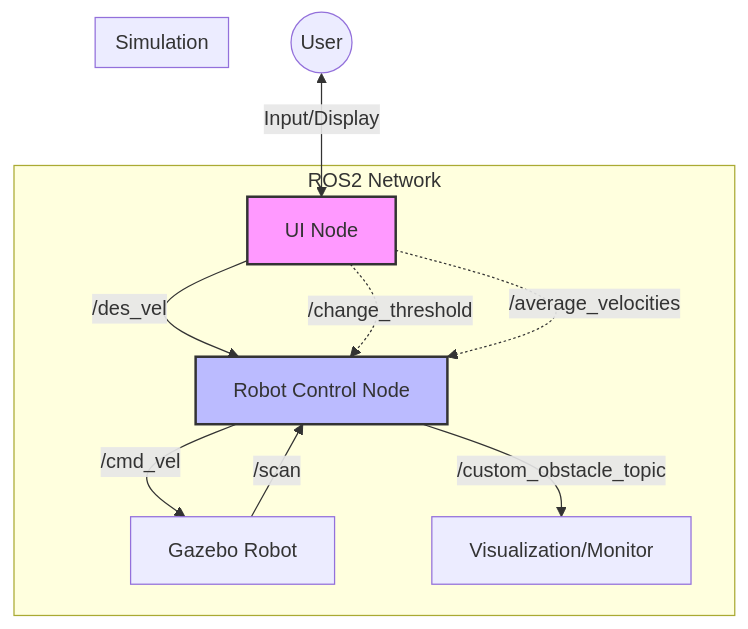
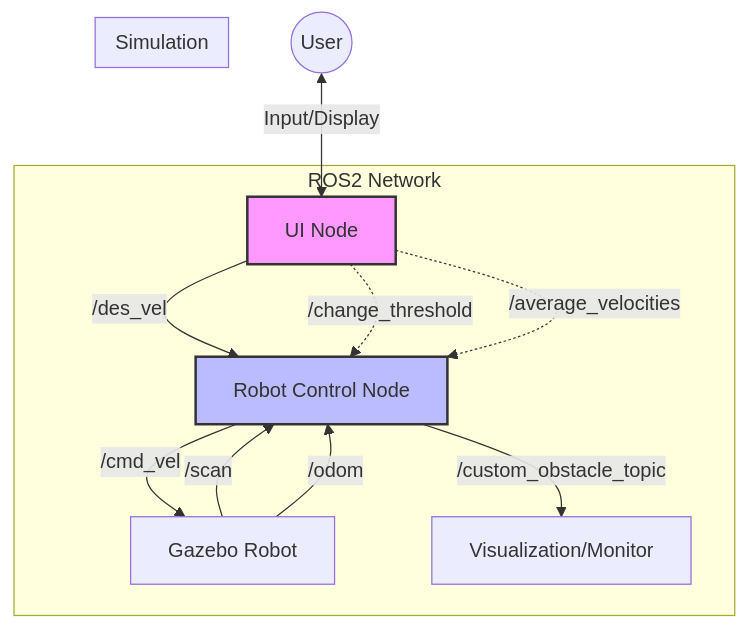
One commit to BasmalaSherief/Research-Track-tasks- changed the diagram in assignment2_rt/README.md. Above: the diagram before and after it, drawn with Mermaid.

````diff
--- a/assignment2_rt/README.md
+++ b/assignment2_rt/README.md
@@ -7,22 +7,23 @@
 ```mermaid
 graph TD
     User((User)) <-->|Input/Display| UI[UI Node]
     
     subgraph "ROS2 Network"
         UI -->|/des_vel| Control[Robot Control Node]
         UI -.->|/change_threshold| Control
         UI -.->|/average_velocities| Control
         
         Control -->|/cmd_vel| Sim[Simulation/Robot]
         Control -->|/custom_obstacle_topic| Viz[Visualization/Monitor]
         
         Sim -->|/scan| Control
+        Sim -->|/odom| Control
     end
     
     subgraph "Simulation"
         Sim[Gazebo Robot]
     end
     
     style UI fill:#f9f,stroke:#333,stroke-width:2px
     style Control fill:#bbf,stroke:#333,stroke-width:2px
 ```
````
